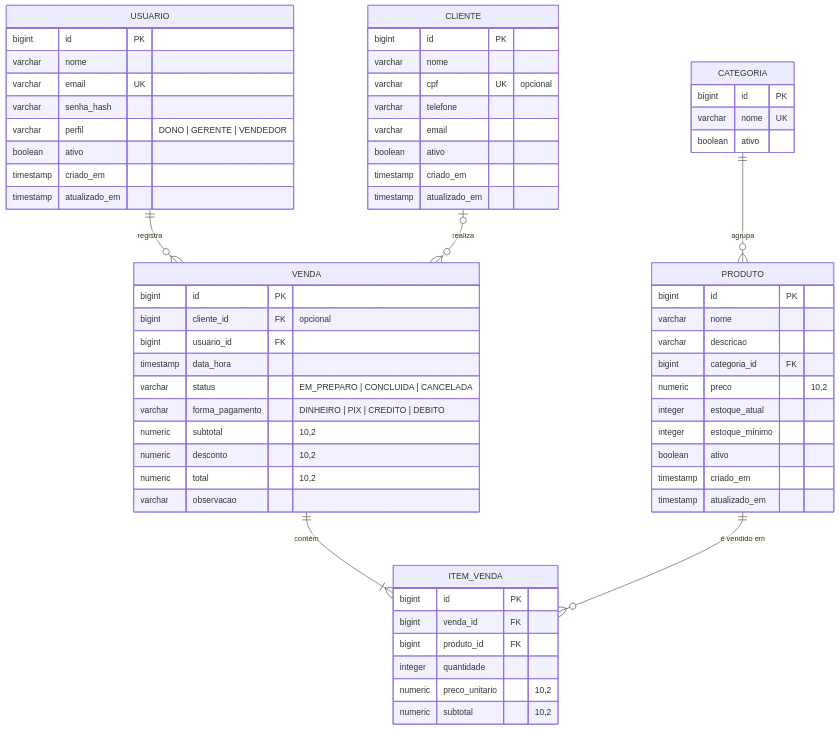
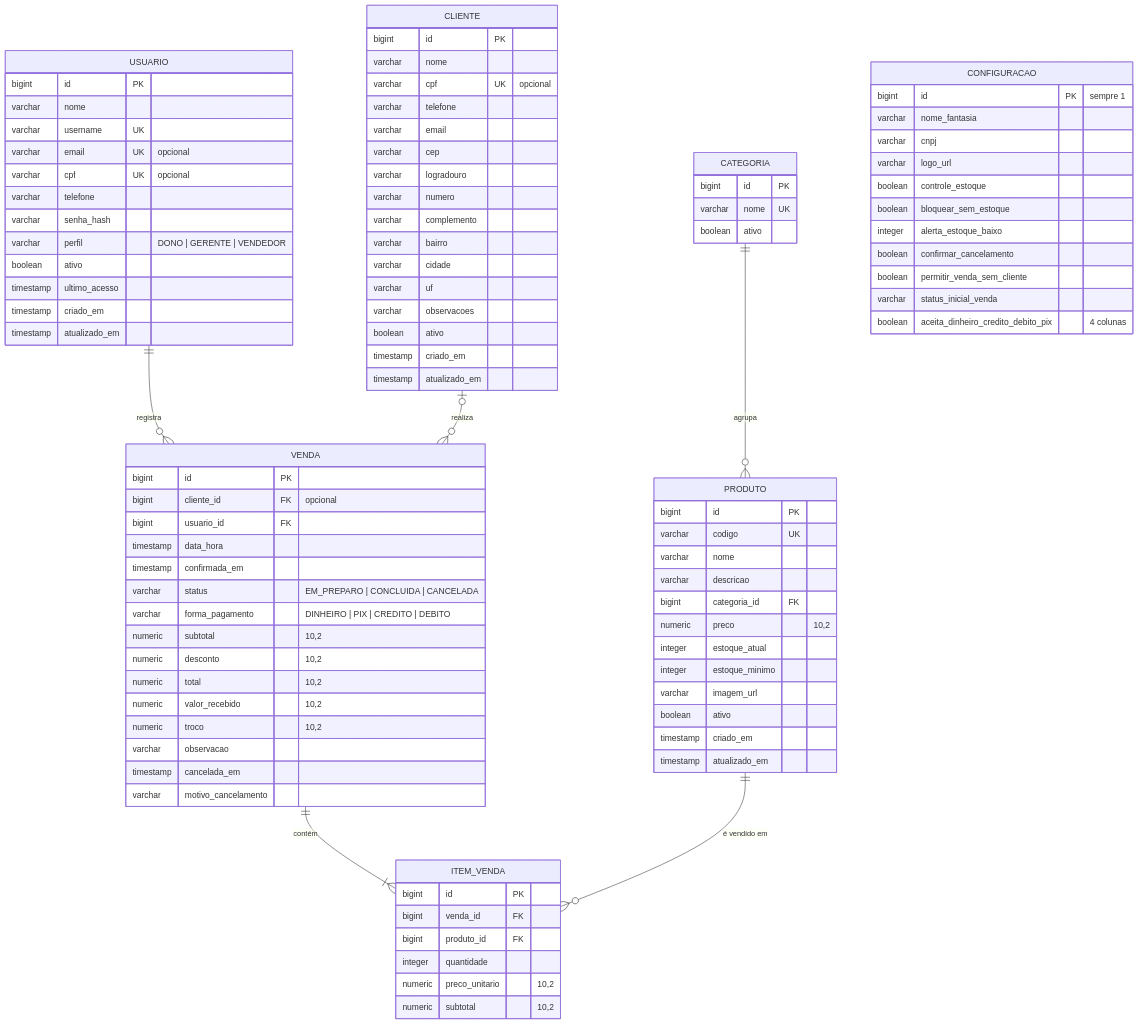
The diagram in docs/modelagem/modelo-de-dados.md (luiztrovao/ProjetoA3), drawn with Mermaid before and after one commit. The commit also changed other lines of this file and 35 other files, not shown here.

````diff
--- a/docs/modelagem/modelo-de-dados.md
+++ b/docs/modelagem/modelo-de-dados.md
@@ -17,10 +18,14 @@
     USUARIO {
         bigint id PK
         varchar nome
-        varchar email UK
+        varchar username UK
+        varchar email UK "opcional"
+        varchar cpf UK "opcional"
+        varchar telefone
         varchar senha_hash
         varchar perfil "DONO | GERENTE | VENDEDOR"
         boolean ativo
+        timestamp ultimo_acesso
         timestamp criado_em
         timestamp atualizado_em
     }
@@ -31,6 +36,14 @@
         varchar cpf UK "opcional"
         varchar telefone
         varchar email
+        varchar cep
+        varchar logradouro
+        varchar numero
+        varchar complemento
+        varchar bairro
+        varchar cidade
+        varchar uf
+        varchar observacoes
         boolean ativo
         timestamp criado_em
         timestamp atualizado_em
@@ -44,12 +57,14 @@
 
     PRODUTO {
         bigint id PK
+        varchar codigo UK
         varchar nome
         varchar descricao
         bigint categoria_id FK
         numeric preco "10,2"
         integer estoque_atual
         integer estoque_minimo
+        varchar imagem_url
         boolean ativo
         timestamp criado_em
         timestamp atualizado_em
@@ -60,12 +75,17 @@
         bigint cliente_id FK "opcional"
         bigint usuario_id FK
         timestamp data_hora
+        timestamp confirmada_em
         varchar status "EM_PREPARO | CONCLUIDA | CANCELADA"
         varchar forma_pagamento "DINHEIRO | PIX | CREDITO | DEBITO"
         numeric subtotal "10,2"
         numeric desconto "10,2"
         numeric total "10,2"
+        numeric valor_recebido "10,2"
+        numeric troco "10,2"
         varchar observacao
+        timestamp cancelada_em
+        varchar motivo_cancelamento
     }
 
     ITEM_VENDA {
@@ -76,4 +96,18 @@
         numeric preco_unitario "10,2"
         numeric subtotal "10,2"
     }
+
+    CONFIGURACAO {
+        bigint id PK "sempre 1"
+        varchar nome_fantasia
+        varchar cnpj
+        varchar logo_url
+        boolean controle_estoque
+        boolean bloquear_sem_estoque
+        integer alerta_estoque_baixo
+        boolean confirmar_cancelamento
+        boolean permitir_venda_sem_cliente
+        varchar status_inicial_venda
+        boolean aceita_dinheiro_credito_debito_pix "4 colunas"
+    }
 ```
````
